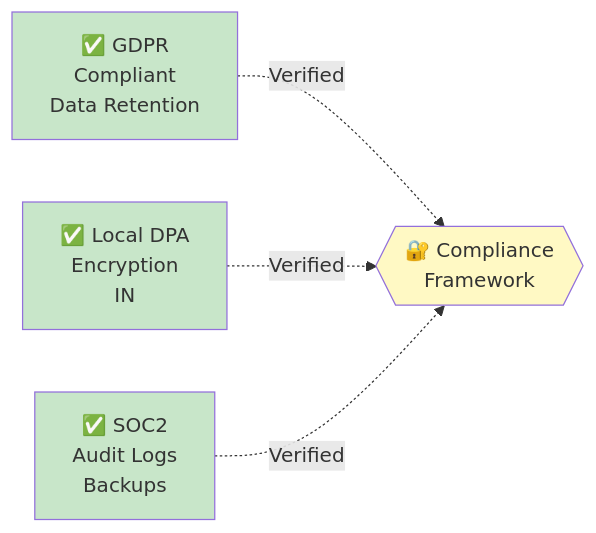
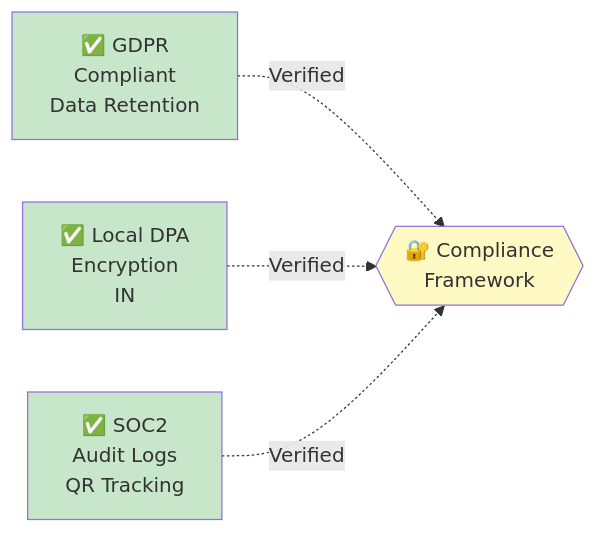
Diagram 12 of 15 in HR_Onboarding_Agent.md (md-sahil-analyst22/test), drawn with Mermaid before and after one commit. The commit also changed other lines of this file, not shown here.

````diff
--- a/HR_Onboarding_Agent.md
+++ b/HR_Onboarding_Agent.md
@@ -830,15 +1014,15 @@
 ```mermaid
 graph LR
     GDPR["✅ GDPR<br/>Compliant<br/>Data Retention"]
     DPA["✅ Local DPA<br/>Encryption<br/>IN"]
-    SOC2["✅ SOC2<br/>Audit Logs<br/>Backups"]
+    SOC2["✅ SOC2<br/>Audit Logs<br/>QR Tracking"]
     
     GDPR -.->|Verified| CENTER{{"🔐 Compliance<br/>Framework"}}
     DPA -.->|Verified| CENTER
     SOC2 -.->|Verified| CENTER
     
     style GDPR fill:#c8e6c9
     style DPA fill:#c8e6c9
     style SOC2 fill:#c8e6c9
     style CENTER fill:#fff9c4
 ```
````
